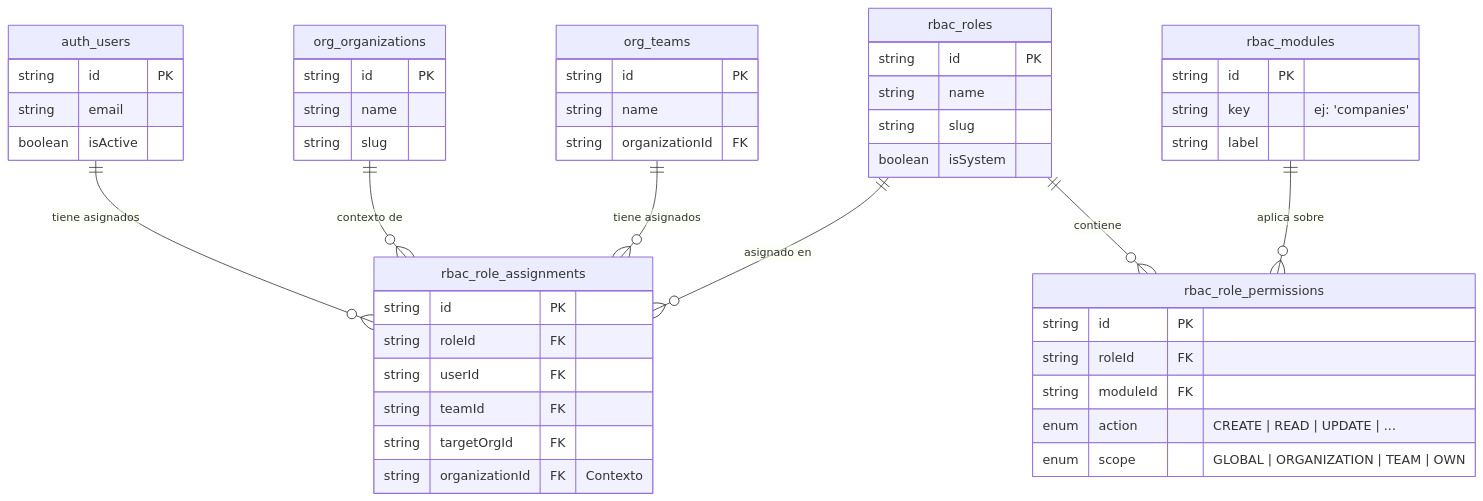
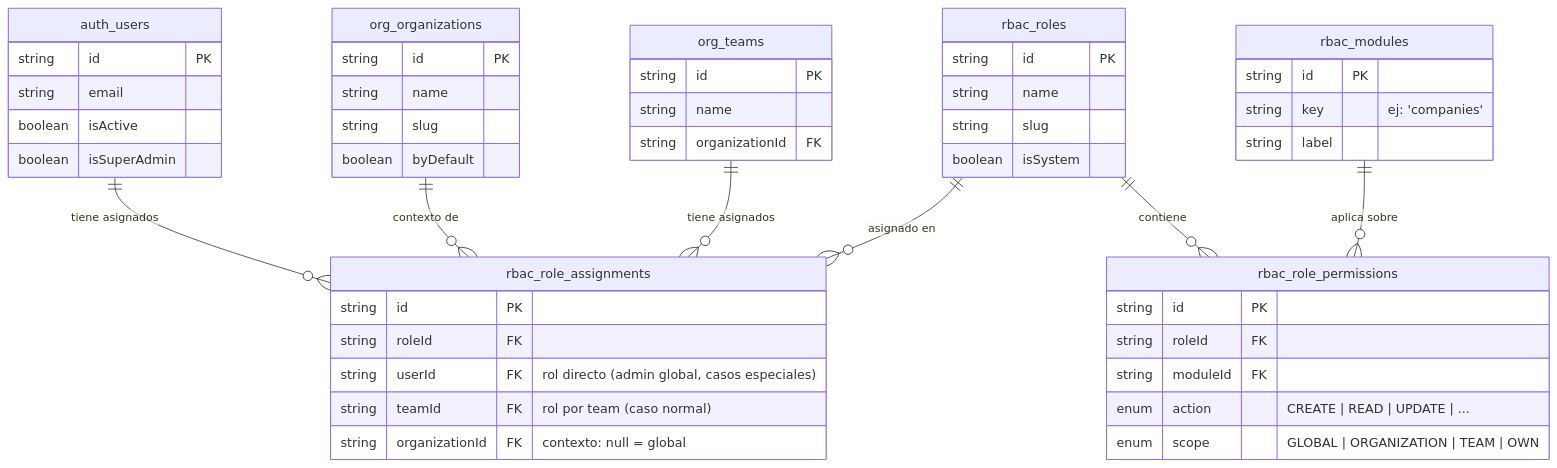
The first of 3 diagrams in RBAC_GUIDE.md (javireyramirez/plantilla-fastify), drawn with Mermaid before and after one commit. The commit also changed other lines of this file and 12 other files, not shown here.

````diff
--- a/RBAC_GUIDE.md
+++ b/RBAC_GUIDE.md
@@ -13,51 +20,52 @@
 ```mermaid
 erDiagram
     auth_users ||--o{ rbac_role_assignments : "tiene asignados"
     org_organizations ||--o{ rbac_role_assignments : "contexto de"
     org_teams ||--o{ rbac_role_assignments : "tiene asignados"
     rbac_roles ||--o{ rbac_role_assignments : "asignado en"
     rbac_roles ||--o{ rbac_role_permissions : "contiene"
     rbac_modules ||--o{ rbac_role_permissions : "aplica sobre"
 
     auth_users {
         string id PK
         string email
         boolean isActive
+        boolean isSuperAdmin
     }
     org_organizations {
         string id PK
         string name
         string slug
+        boolean byDefault
     }
     org_teams {
         string id PK
         string name
         string organizationId FK
     }
     rbac_roles {
         string id PK
         string name
         string slug
         boolean isSystem
     }
     rbac_modules {
         string id PK
         string key "ej: 'companies'"
         string label
     }
     rbac_role_permissions {
         string id PK
         string roleId FK
         string moduleId FK
         enum action "CREATE | READ | UPDATE | ..."
         enum scope "GLOBAL | ORGANIZATION | TEAM | OWN"
     }
     rbac_role_assignments {
         string id PK
         string roleId FK
-        string userId FK
-        string teamId FK
-        string targetOrgId FK
-        string organizationId FK "Contexto"
+        string userId FK "rol directo (admin global, casos especiales)"
+        string teamId FK "rol por team (caso normal)"
+        string organizationId FK "contexto: null = global"
     }
 ```
````
